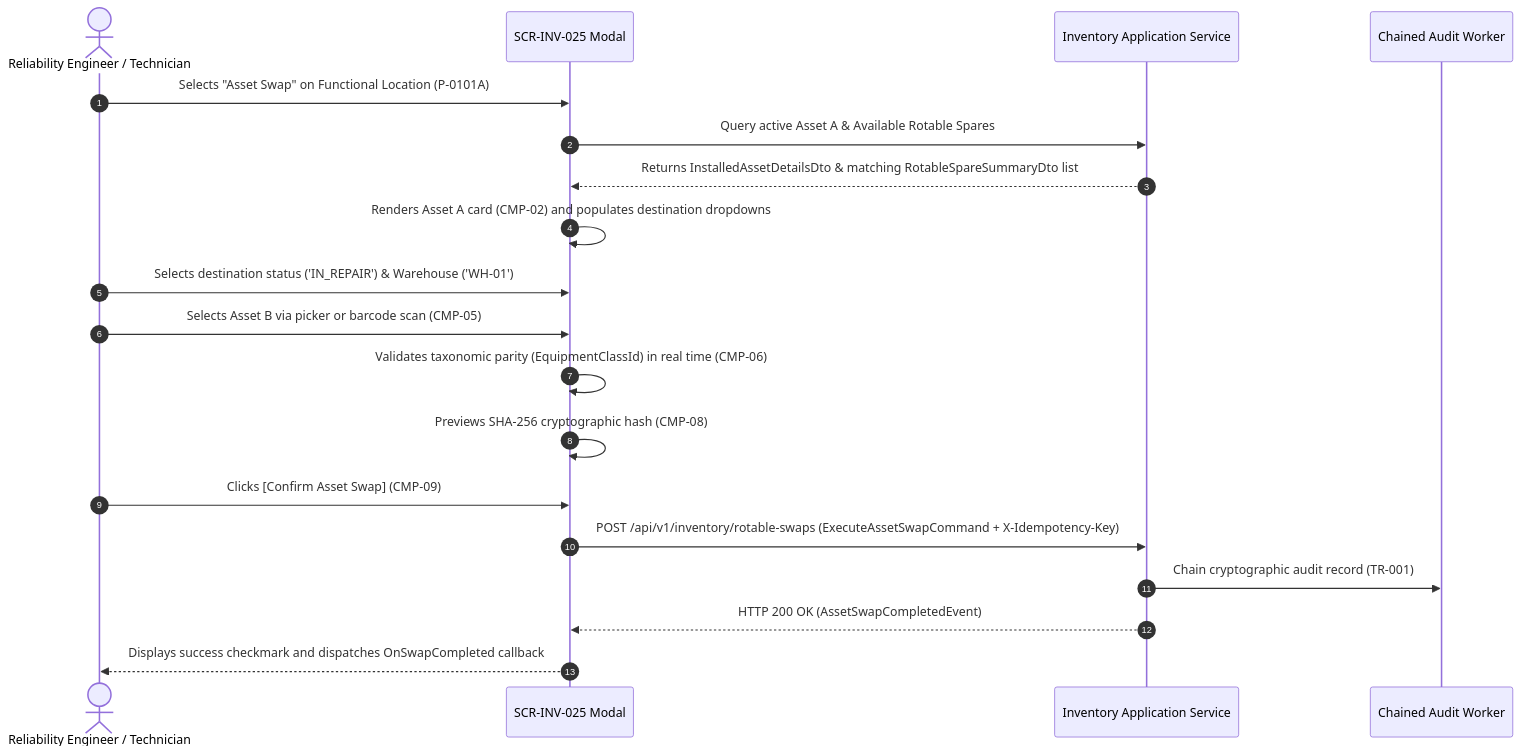
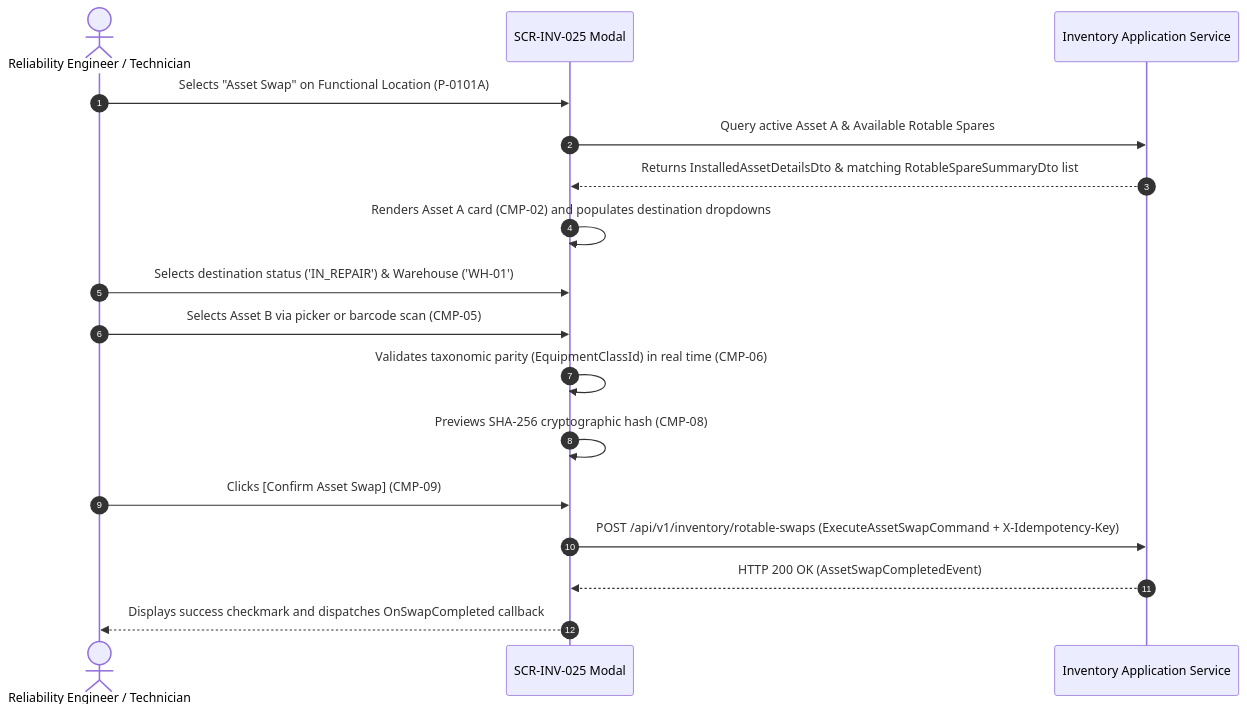
The diagram in ui-ux/screens/inv/SCR-INV-025.md (Novav20/adso-dteam-docs), drawn with Mermaid before and after one commit. The commit also changed other lines of this file, not shown here.

First line of the commit message:
refactor(ui): streamline presentation layer boundaries and SSoT scoping in SCR-INV-025

````diff
--- a/ui-ux/screens/inv/SCR-INV-025.md
+++ b/ui-ux/screens/inv/SCR-INV-025.md
@@ -83,22 +83,20 @@
 ```mermaid
 sequenceDiagram
     autonumber
     actor Tech as Reliability Engineer / Technician
     participant UI as SCR-INV-025 Modal
     participant INV as Inventory Application Service
-    participant AUD as Chained Audit Worker
 
     Tech->>UI: Selects "Asset Swap" on Functional Location (P-0101A)
     UI->>INV: Query active Asset A & Available Rotable Spares
     INV-->>UI: Returns InstalledAssetDetailsDto & matching RotableSpareSummaryDto list
     UI->>UI: Renders Asset A card (CMP-02) and populates destination dropdowns
     Tech->>UI: Selects destination status ('IN_REPAIR') & Warehouse ('WH-01')
     Tech->>UI: Selects Asset B via picker or barcode scan (CMP-05)
     UI->>UI: Validates taxonomic parity (EquipmentClassId) in real time (CMP-06)
     UI->>UI: Previews SHA-256 cryptographic hash (CMP-08)
     Tech->>UI: Clicks [Confirm Asset Swap] (CMP-09)
     UI->>INV: POST /api/v1/inventory/rotable-swaps (ExecuteAssetSwapCommand + X-Idempotency-Key)
-    INV->>AUD: Chain cryptographic audit record (TR-001)
     INV-->>UI: HTTP 200 OK (AssetSwapCompletedEvent)
     UI-->>Tech: Displays success checkmark and dispatches OnSwapCompleted callback
 ```
````
